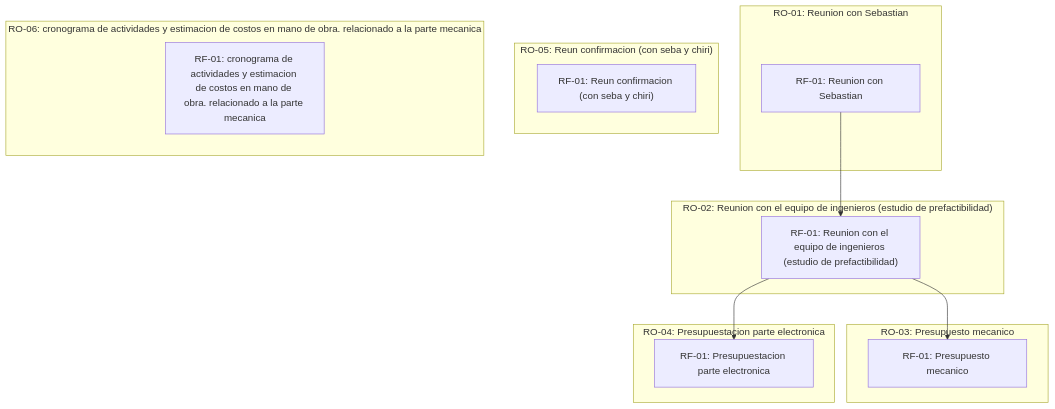
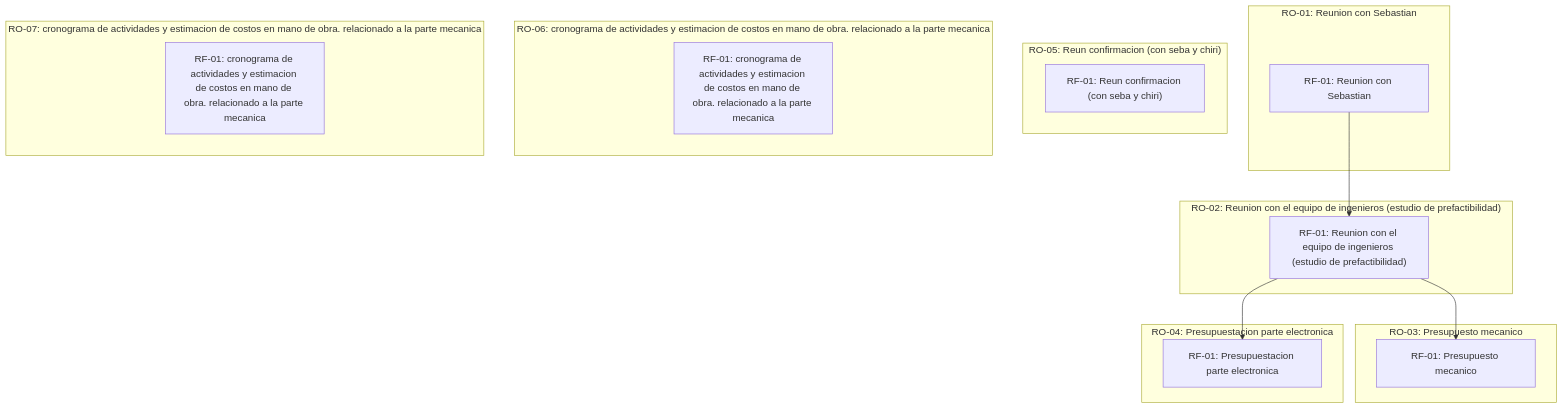
Before and after one commit to fiemcasals/ProyectoVAD: the diagram in scrumDocs/grafo.md, drawn with Mermaid. The commit also changed other lines of this file, not shown here.

Commit message:
Auto-publish: actualiza scrumDocs/grafo.md

````diff
--- a/scrumDocs/grafo.md
+++ b/scrumDocs/grafo.md
@@ -5,24 +5,27 @@
 ```mermaid
 graph TD
   subgraph US_1789213601492["RO-01: Reunion con Sebastian"]
     REQ_1789213601498["RF-01: Reunion con Sebastian"]
   end
   subgraph US_1789213867397["RO-02: Reunion con el equipo de ingenieros (estudio de prefactibilidad)"]
     REQ_1789213867404["RF-01: Reunion con el equipo de ingenieros (estudio de prefactibilidad)"]
   end
   subgraph US_1789214807204["RO-03: Presupuesto mecanico"]
     REQ_1789214807210["RF-01: Presupuesto mecanico"]
   end
   subgraph US_1789228644037["RO-04: Presupuestacion parte electronica"]
     REQ_1789228644049["RF-01: Presupuestacion parte electronica"]
   end
   subgraph US_1789228786617["RO-05: Reun confirmacion (con seba y chiri)"]
     REQ_1789228786624["RF-01: Reun confirmacion (con seba y chiri)"]
   end
   subgraph US_1789229144833["RO-06: cronograma de actividades y estimacion de costos en mano de obra. relacionado a la parte mecanica"]
     REQ_1789229144846["RF-01: cronograma de actividades y estimacion de costos en mano de obra. relacionado a la parte mecanica"]
   end
+  subgraph US_1789229156281["RO-07: cronograma de actividades y estimacion de costos en mano de obra. relacionado a la parte mecanica"]
+    REQ_1789229156293["RF-01: cronograma de actividades y estimacion de costos en mano de obra. relacionado a la parte mecanica"]
+  end
   REQ_1789213601498 --> REQ_1789213867404
   REQ_1789213867404 --> REQ_1789214807210
   REQ_1789213867404 --> REQ_1789228644049
 ```
````
